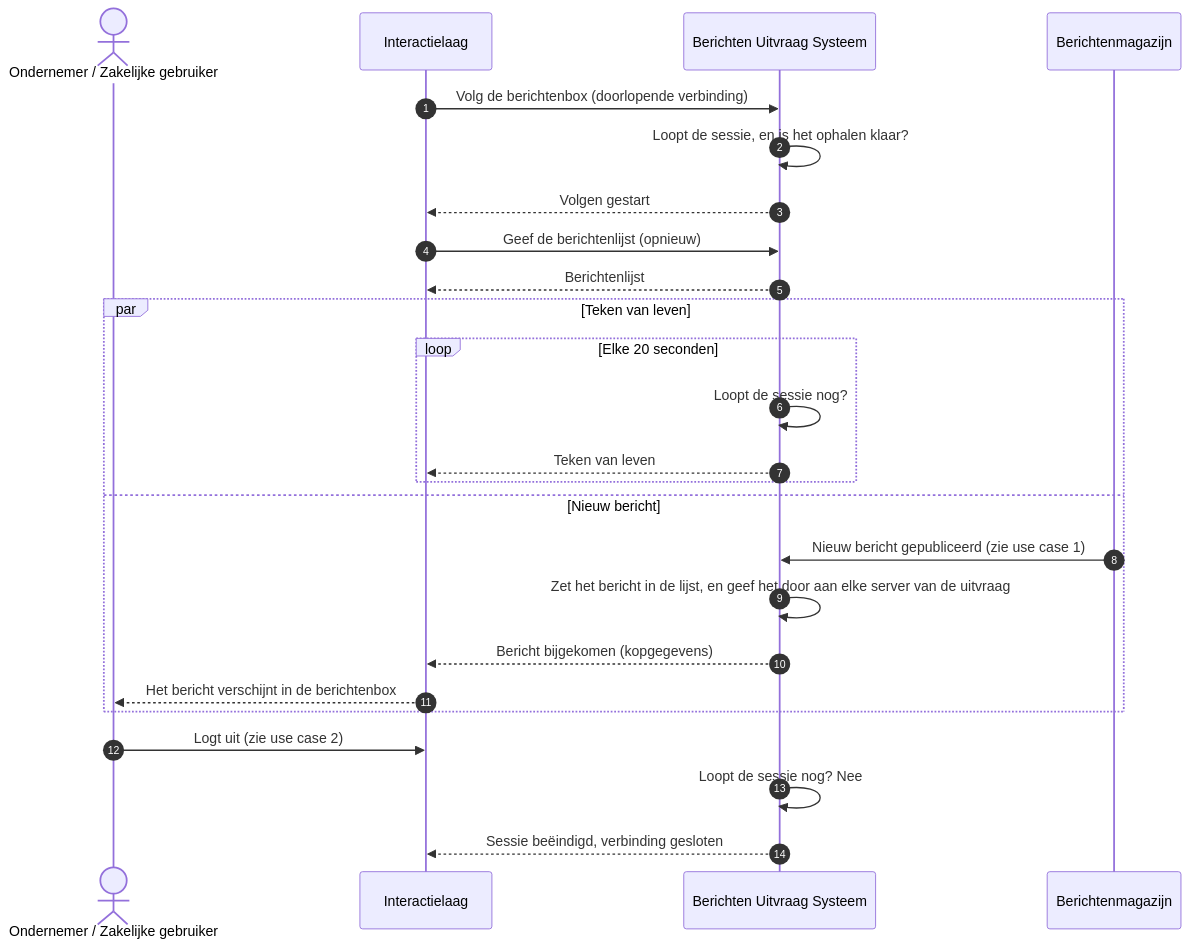
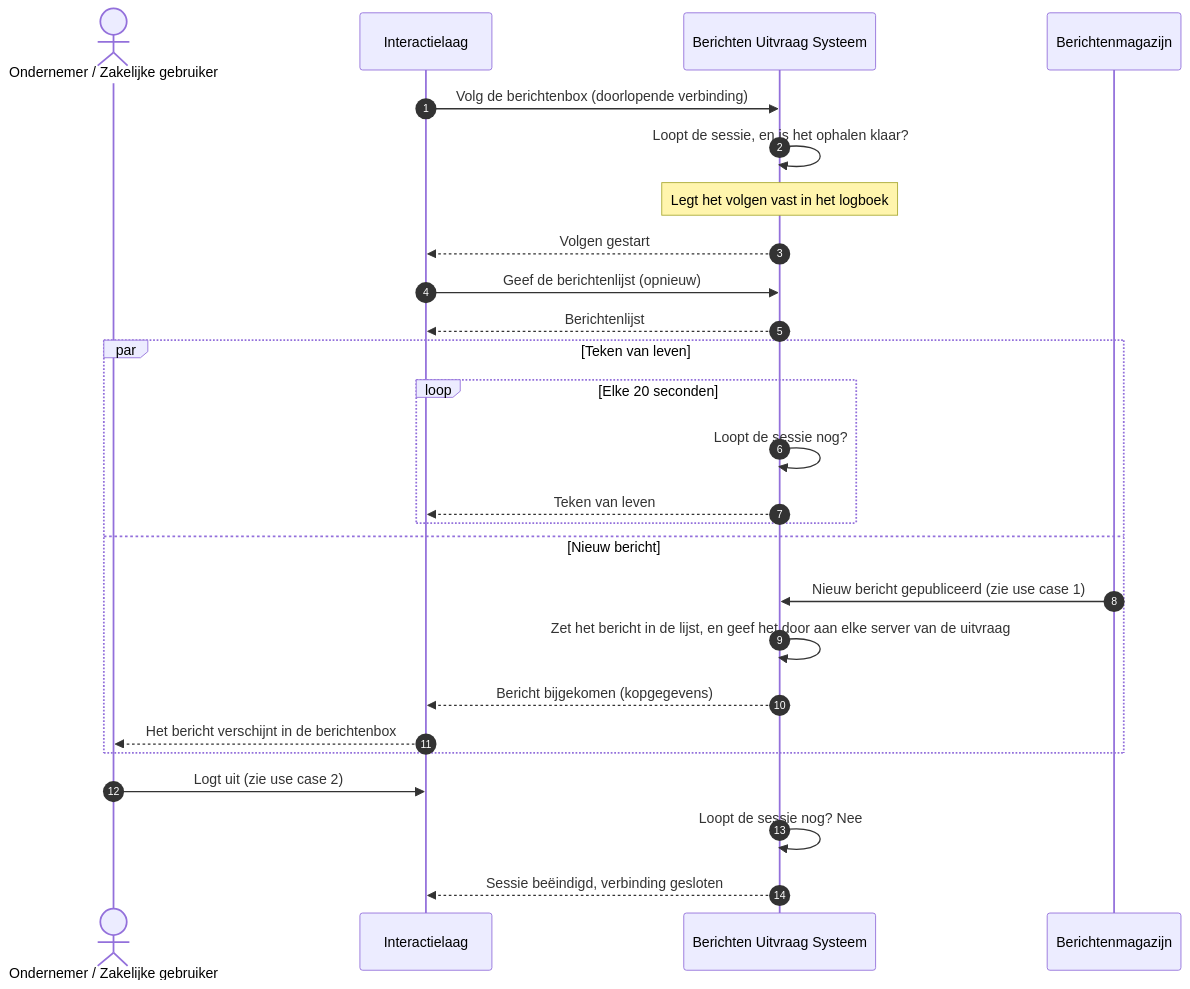
One commit to MinBZK/moza-poc-fbs-berichtenbox changed the diagram in docs/architecture/workspace-docs/07-uc3-nieuwe-berichten-volgen.md. Above: the diagram before and after it, drawn with Mermaid. The commit also changed 10 other files, not shown here.

First line of the commit message:
fix: reviewronde 3, zoeken op een stopwoord toont alles en de guard volgt Mermaid en Structurizr

````diff
--- a/docs/architecture/workspace-docs/07-uc3-nieuwe-berichten-volgen.md
+++ b/docs/architecture/workspace-docs/07-uc3-nieuwe-berichten-volgen.md
@@ -32,30 +32,31 @@
 ```mermaid
 sequenceDiagram
     autonumber
     actor OND as Ondernemer / Zakelijke gebruiker
     participant IL as Interactielaag
     participant FBS as Berichten Uitvraag Systeem
     participant MAG as Berichtenmagazijn
 
     IL->>FBS: Volg de berichtenbox (doorlopende verbinding)
     FBS->>FBS: Loopt de sessie, en is het ophalen klaar?
+    Note over FBS: Legt het volgen vast in het logboek
     FBS-->>IL: Volgen gestart
     IL->>FBS: Geef de berichtenlijst (opnieuw)
     FBS-->>IL: Berichtenlijst
 
     par Teken van leven
         loop Elke 20 seconden
             FBS->>FBS: Loopt de sessie nog?
             FBS-->>IL: Teken van leven
         end
     and Nieuw bericht
         MAG->>FBS: Nieuw bericht gepubliceerd (zie use case 1)
         FBS->>FBS: Zet het bericht in de lijst, en geef het door aan elke server van de uitvraag
         FBS-->>IL: Bericht bijgekomen (kopgegevens)
         IL-->>OND: Het bericht verschijnt in de berichtenbox
     end
 
     OND->>IL: Logt uit (zie use case 2)
     FBS->>FBS: Loopt de sessie nog? Nee
     FBS-->>IL: Sessie beëindigd, verbinding gesloten
 ```
````
